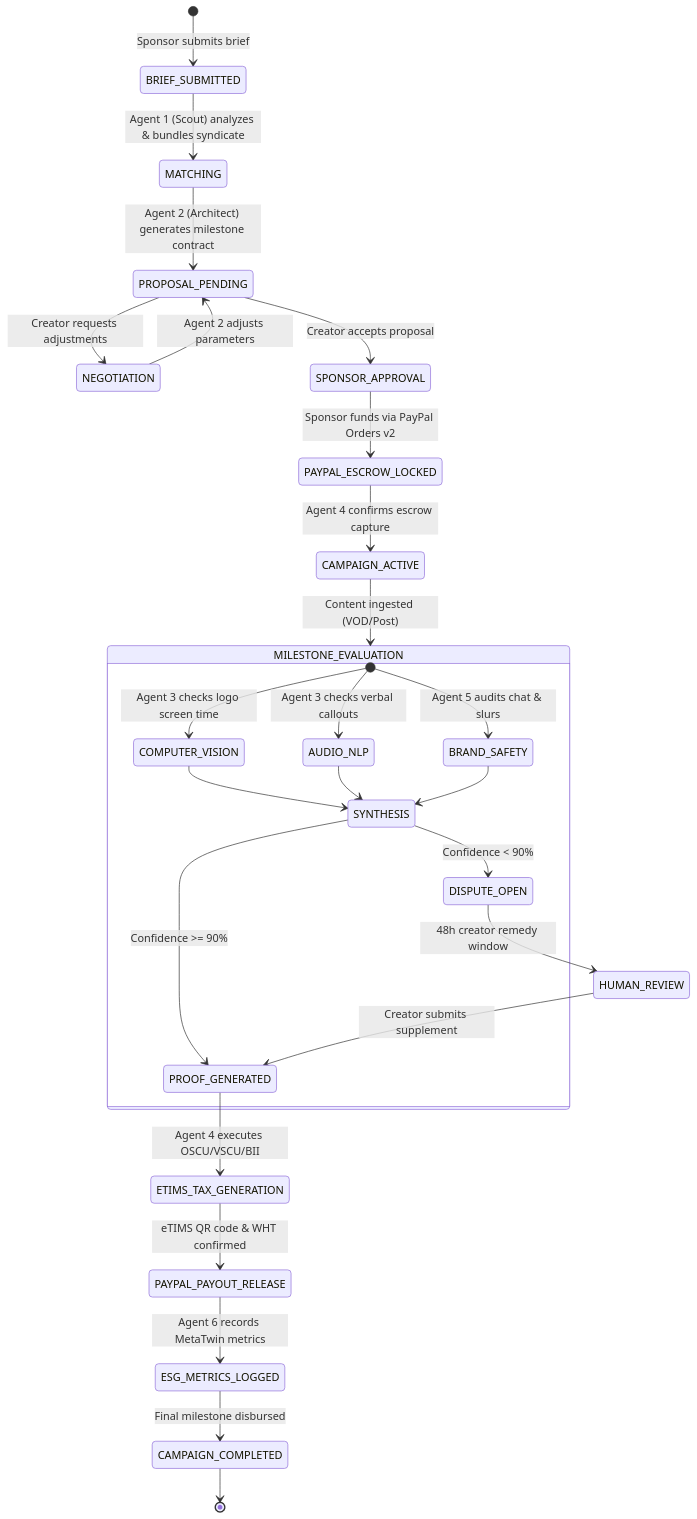
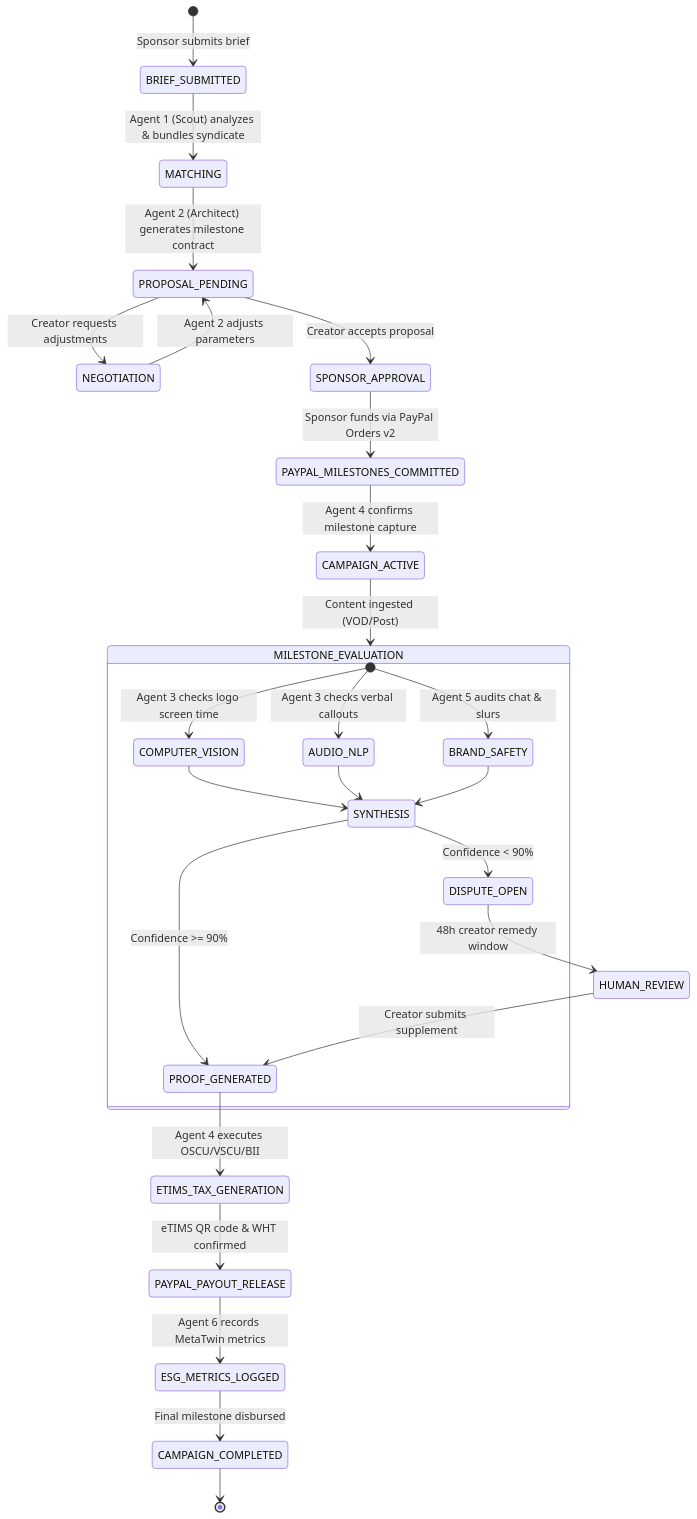
One commit to Ryanjuguna/barbah-sponsorplay changed the third of 3 diagrams in architecture/03_AGENTIC_AI_SYSTEMS_DESIGN.md. Above: the diagram before and after it, drawn with Mermaid. The commit also changed other lines of this file and 5 other files, not shown here.

Commit message:
Complete repository-wide documentation audit: purge escrow terminology and enforce PayPal programmatic milestone ledger across all architecture specs

````diff
--- a/architecture/03_AGENTIC_AI_SYSTEMS_DESIGN.md
+++ b/architecture/03_AGENTIC_AI_SYSTEMS_DESIGN.md
@@ -163,39 +163,39 @@
 ```mermaid
 stateDiagram-v2
     [*] --> BRIEF_SUBMITTED: Sponsor submits brief
     BRIEF_SUBMITTED --> MATCHING: Agent 1 (Scout) analyzes & bundles syndicate
     MATCHING --> PROPOSAL_PENDING: Agent 2 (Architect) generates milestone contract
     
     PROPOSAL_PENDING --> NEGOTIATION: Creator requests adjustments
     NEGOTIATION --> PROPOSAL_PENDING: Agent 2 adjusts parameters
     PROPOSAL_PENDING --> SPONSOR_APPROVAL: Creator accepts proposal
     
-    SPONSOR_APPROVAL --> PAYPAL_ESCROW_LOCKED: Sponsor funds via PayPal Orders v2
+    SPONSOR_APPROVAL --> PAYPAL_MILESTONES_COMMITTED: Sponsor funds via PayPal Orders v2
     
-    PAYPAL_ESCROW_LOCKED --> CAMPAIGN_ACTIVE: Agent 4 confirms escrow capture
+    PAYPAL_MILESTONES_COMMITTED --> CAMPAIGN_ACTIVE: Agent 4 confirms milestone capture
     
     CAMPAIGN_ACTIVE --> MILESTONE_EVALUATION: Content ingested (VOD/Post)
     
     state MILESTONE_EVALUATION {
         [*] --> COMPUTER_VISION: Agent 3 checks logo screen time
         [*] --> AUDIO_NLP: Agent 3 checks verbal callouts
         [*] --> BRAND_SAFETY: Agent 5 audits chat & slurs
         
         COMPUTER_VISION --> SYNTHESIS
         AUDIO_NLP --> SYNTHESIS
         BRAND_SAFETY --> SYNTHESIS
         
         SYNTHESIS --> PROOF_GENERATED: Confidence >= 90%
         SYNTHESIS --> DISPUTE_OPEN: Confidence < 90%
     }
     
     DISPUTE_OPEN --> HUMAN_REVIEW: 48h creator remedy window
     HUMAN_REVIEW --> PROOF_GENERATED: Creator submits supplement
     
     PROOF_GENERATED --> ETIMS_TAX_GENERATION: Agent 4 executes OSCU/VSCU/BII
     ETIMS_TAX_GENERATION --> PAYPAL_PAYOUT_RELEASE: eTIMS QR code & WHT confirmed
     
     PAYPAL_PAYOUT_RELEASE --> ESG_METRICS_LOGGED: Agent 6 records MetaTwin metrics
     ESG_METRICS_LOGGED --> CAMPAIGN_COMPLETED: Final milestone disbursed
     CAMPAIGN_COMPLETED --> [*]
 ```
````
